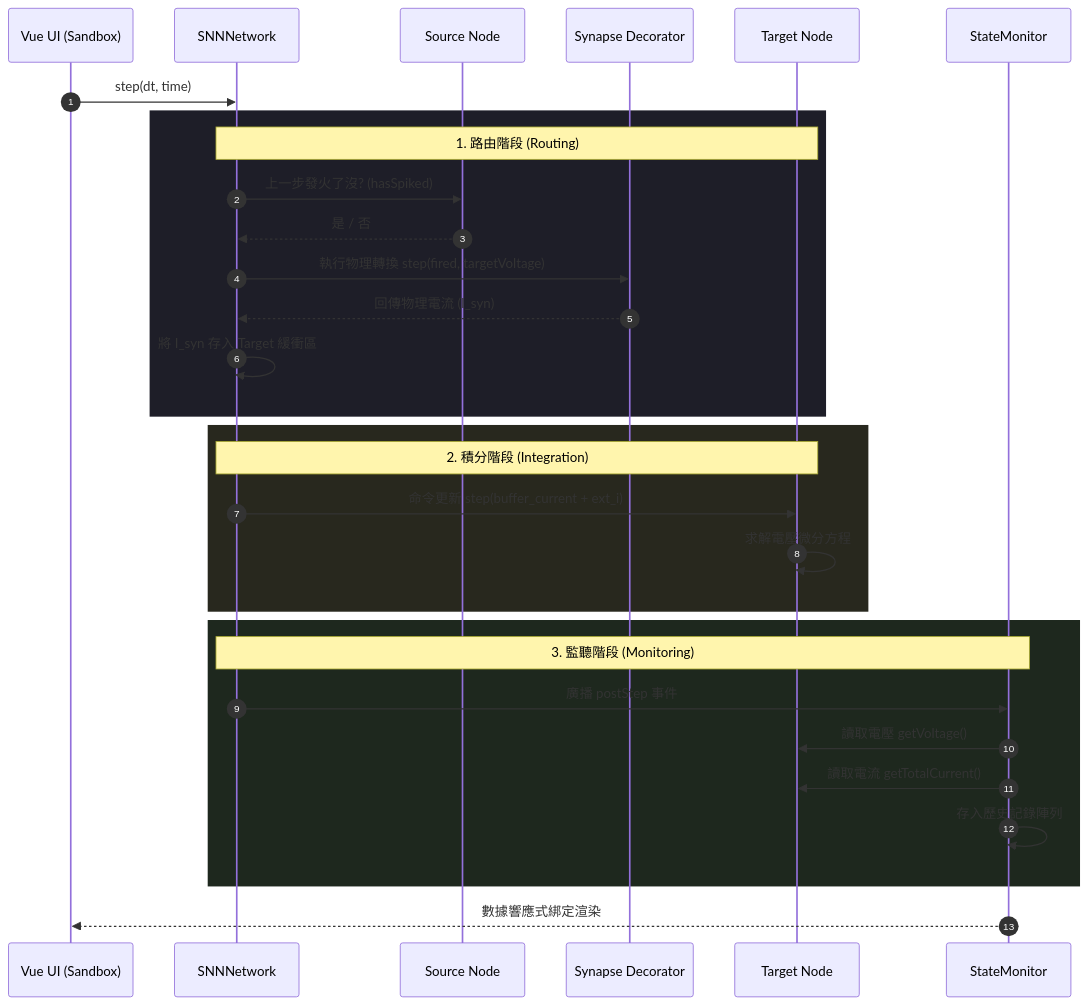
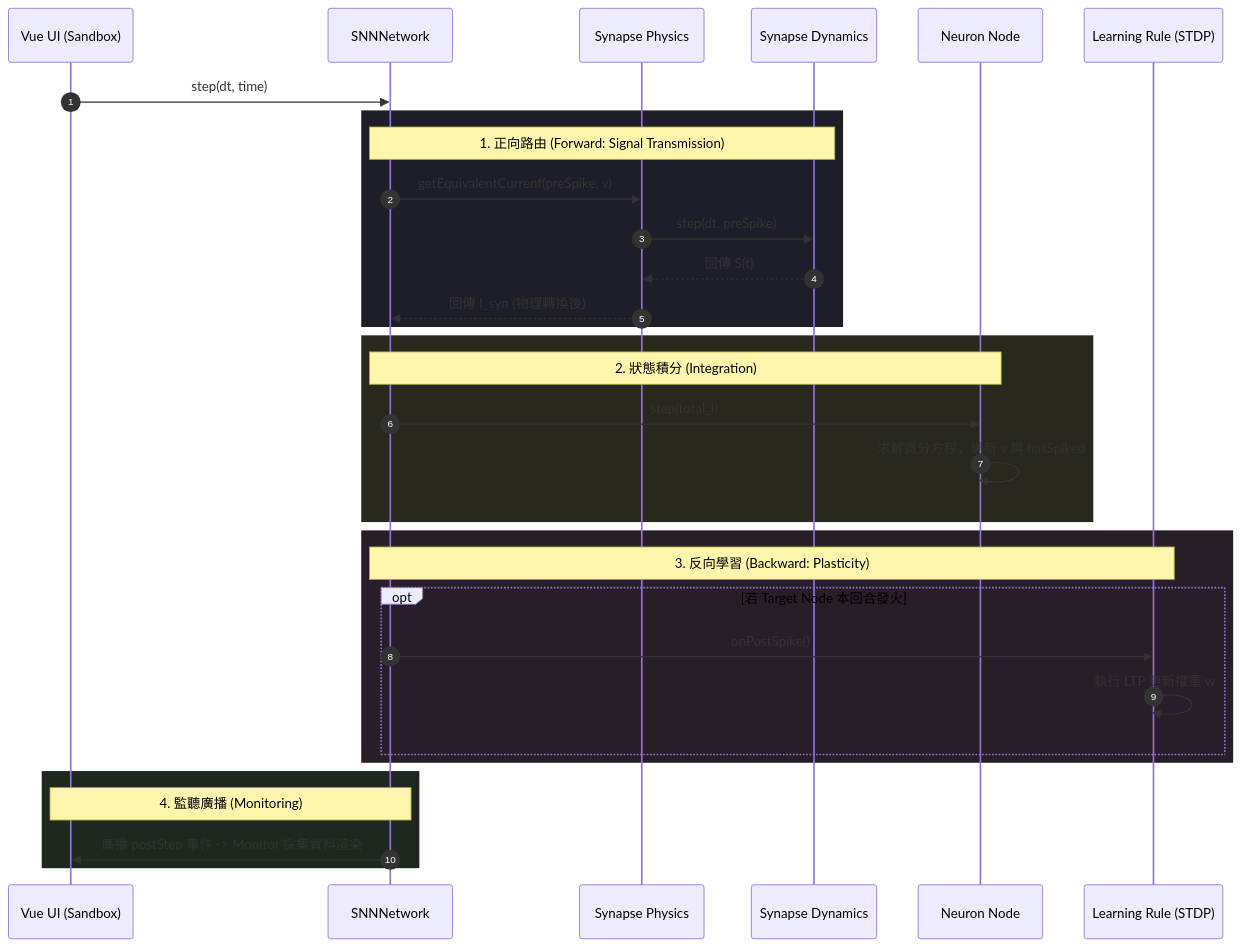
The second of 2 diagrams in docs/system_structure/Architecture.md (Salt-Shio/snn-academy), drawn with Mermaid before and after one commit. The commit also changed other lines of this file, not shown here.

Commit message:
docs: update system architecture and sequence diagrams

````diff
--- a/docs/system_structure/Architecture.md
+++ b/docs/system_structure/Architecture.md
@@ -132,37 +131,39 @@
 ```mermaid
 sequenceDiagram
     autonumber
     participant UI as Vue UI (Sandbox)
     participant Net as SNNNetwork
-    participant NodeA as Source Node
-    participant Syn as Synapse Decorator
-    participant NodeB as Target Node
-    participant Mon as StateMonitor
+    participant SynPhys as Synapse Physics
+    participant SynDyn as Synapse Dynamics
+    participant Node as Neuron Node
+    participant Learn as Learning Rule (STDP)
 
     UI->>Net: step(dt, time)
     
     rect rgb(30, 30, 40)
-    Note over Net, NodeB: 1. 路由階段 (Routing)
-    Net->>NodeA: 上一步發火了沒? (hasSpiked)
-    NodeA-->>Net: 是 / 否
-    Net->>Syn: 執行物理轉換 step(fired, targetVoltage)
-    Syn-->>Net: 回傳物理電流 (I_syn)
-    Net->>Net: 將 I_syn 存入 Target 緩衝區
+    Note over Net, SynDyn: 1. 正向路由 (Forward: Signal Transmission)
+    Net->>SynPhys: getEquivalentCurrent(preSpike, v)
+    SynPhys->>SynDyn: step(dt, preSpike)
+    SynDyn-->>SynPhys: 回傳 S(t)
+    SynPhys-->>Net: 回傳 I_syn (物理轉換後)
     end
 
     rect rgb(40, 40, 30)
-    Note over Net, NodeB: 2. 積分階段 (Integration)
-    Net->>NodeB: 命令更新 step(buffer_current + ext_i)
-    NodeB->>NodeB: 求解電壓微分方程
+    Note over Net, Node: 2. 狀態積分 (Integration)
+    Net->>Node: step(total_i)
+    Node->>Node: 求解微分方程，更新 v 與 hasSpiked
+    end
+
+    rect rgb(40, 30, 40)
+    Note over Net, Learn: 3. 反向學習 (Backward: Plasticity)
+    opt 若 Target Node 本回合發火
+        Net->>Learn: onPostSpike()
+        Learn->>Learn: 執行 LTP 更新權重 w
+    end
     end
 
     rect rgb(30, 40, 30)
-    Note over Net, Mon: 3. 監聽階段 (Monitoring)
-    Net->>Mon: 廣播 postStep 事件
-    Mon->>NodeB: 讀取電壓 getVoltage()
-    Mon->>NodeB: 讀取電流 getTotalCurrent()
-    Mon->>Mon: 存入歷史記錄陣列
+    Note over Net, UI: 4. 監聽廣播 (Monitoring)
+    Net->>UI: 廣播 postStep 事件 -> Monitor 採集資料渲染
     end
-
-    Mon-->>UI: 數據響應式綁定渲染
 ```
````
